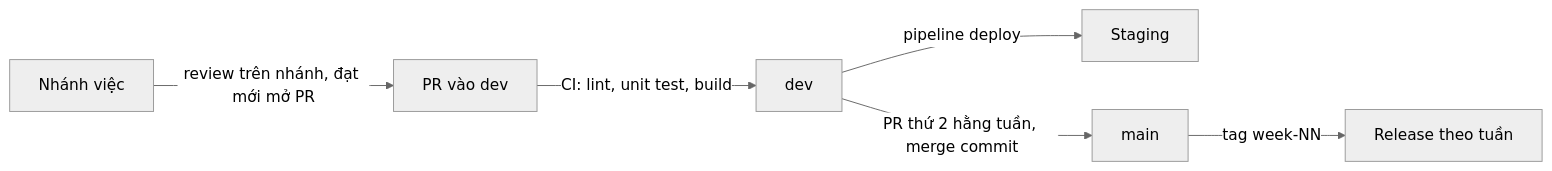
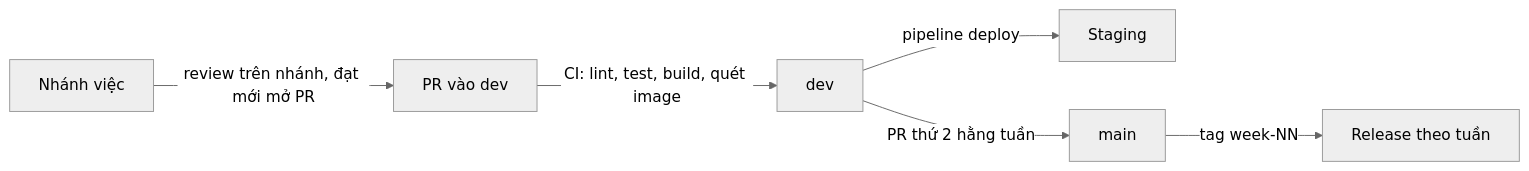
One commit to Acerchicken/HR-Enterprise-Platform changed the third of 5 diagrams in docs/architecture/system-architecture.md. Above: the diagram before and after it, drawn with Mermaid (neutral theme). The commit also changed other lines of this file and 1 other file, not shown here.

Commit message:
docs(architecture): split system architecture into overview and current stack

````diff
--- a/docs/architecture/system-architecture.md
+++ b/docs/architecture/system-architecture.md
@@ -201,8 +164,8 @@
 ```mermaid
 flowchart LR
   br[Nhánh việc] -- review trên nhánh, đạt mới mở PR --> pr[PR vào dev]
-  pr -- CI: lint, unit test, build --> dev[dev]
+  pr -- CI: lint, test, build, quét image --> dev[dev]
   dev -- pipeline deploy --> stg[Staging]
-  dev -- PR thứ 2 hằng tuần, merge commit --> main[main]
+  dev -- PR thứ 2 hằng tuần --> main[main]
   main -- tag week-NN --> rel[Release theo tuần]
 ```
````
